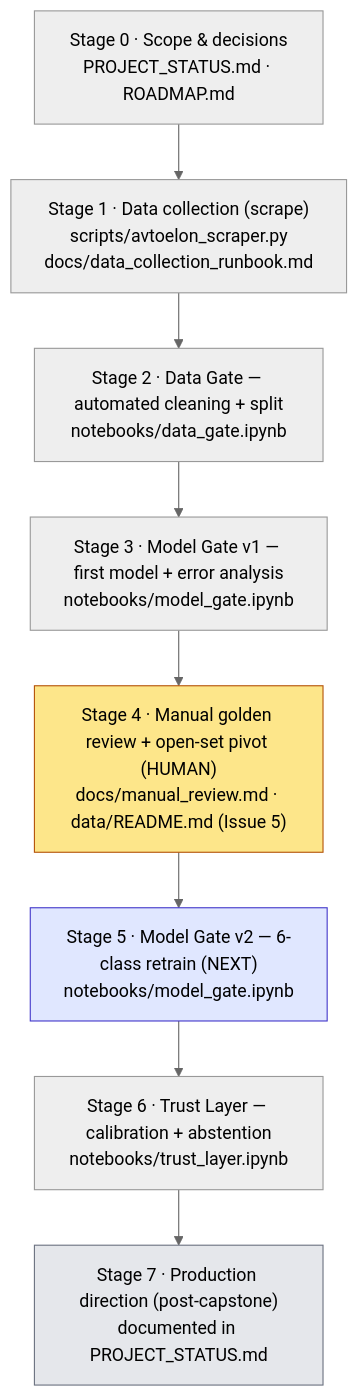
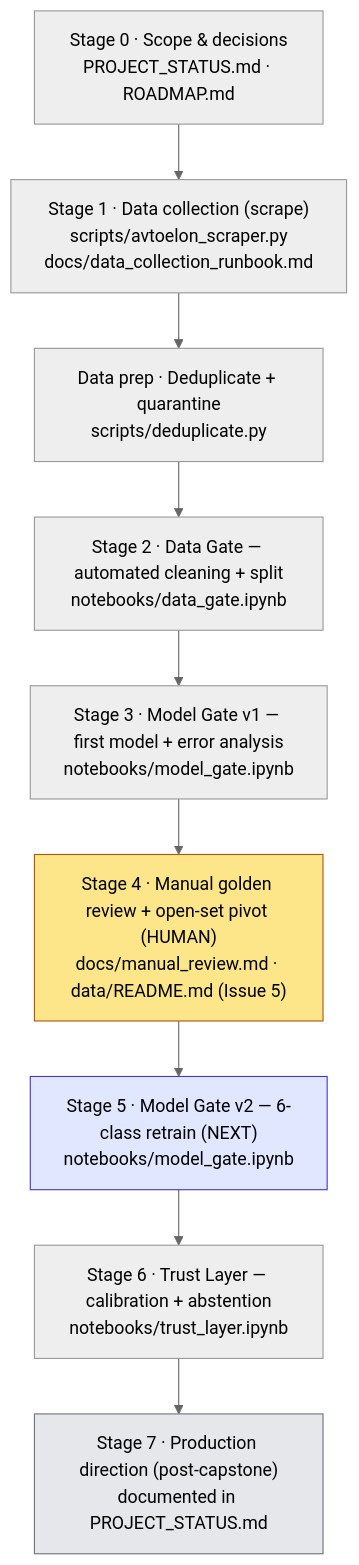
One commit to vrs17/AI-ML-Capstone-project changed the diagram in ROADMAP.md. Above: the diagram before and after it, drawn with Mermaid (neutral theme). The commit also changed other lines of this file and 3 other files, not shown here.

````diff
--- a/ROADMAP.md
+++ b/ROADMAP.md
@@ -19,15 +19,16 @@
 ```mermaid
 flowchart TD
     A["Stage 0 · Scope & decisions<br/>PROJECT_STATUS.md · ROADMAP.md"] --> B
-    B["Stage 1 · Data collection (scrape)<br/>scripts/avtoelon_scraper.py<br/>docs/data_collection_runbook.md"] --> C
+    B["Stage 1 · Data collection (scrape)<br/>scripts/avtoelon_scraper.py<br/>docs/data_collection_runbook.md"] --> B2
+    B2["Data prep · Deduplicate + quarantine<br/>scripts/deduplicate.py"] --> C
     C["Stage 2 · Data Gate — automated cleaning + split<br/>notebooks/data_gate.ipynb"] --> D
     D["Stage 3 · Model Gate v1 — first model + error analysis<br/>notebooks/model_gate.ipynb"] --> E
     E["Stage 4 · Manual golden review + open-set pivot (HUMAN)<br/>docs/manual_review.md · data/README.md (Issue 5)"] --> F
     F["Stage 5 · Model Gate v2 — 6-class retrain (NEXT)<br/>notebooks/model_gate.ipynb"] --> G
     G["Stage 6 · Trust Layer — calibration + abstention<br/>notebooks/trust_layer.ipynb"] --> H
     H["Stage 7 · Production direction (post-capstone)<br/>documented in PROJECT_STATUS.md"]
 
     style E fill:#fde68a,stroke:#b45309,color:#000
     style F fill:#e0e7ff,stroke:#4338ca,color:#000
     style H fill:#e5e7eb,stroke:#6b7280,color:#000
 ```
````
